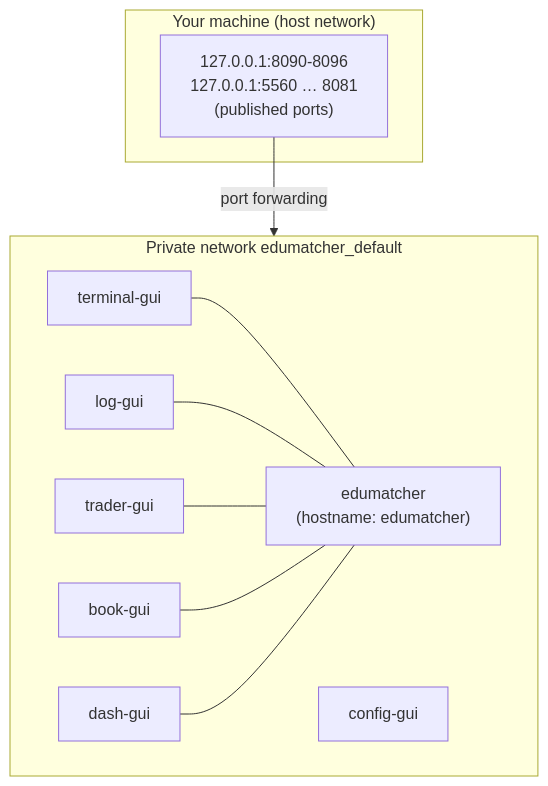
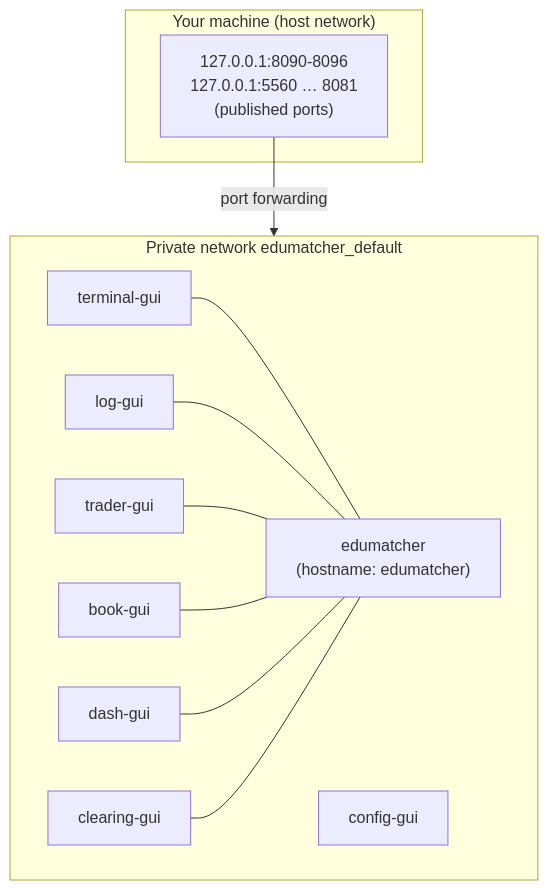
One commit to johan162/EduMatcher changed diagram 12 of 16 in docs/books/operator-guide/part-1-install-and-deploy/030-container-deployment-walkthrough.md. Above: the diagram before and after it, drawn with Mermaid. The commit also changed other lines of this file and 60 other files, not shown here.

````diff
--- a/docs/books/operator-guide/part-1-install-and-deploy/030-container-deployment-walkthrough.md
+++ b/docs/books/operator-guide/part-1-install-and-deploy/030-container-deployment-walkthrough.md
@@ -696,22 +703,24 @@
 ```mermaid
 flowchart TB
     subgraph host["Your machine (host network)"]
         LO["127.0.0.1:8090-8096\n127.0.0.1:5560 … 8081\n(published ports)"]
     end
     subgraph net["Private network edumatcher_default"]
         direction LR
         E["edumatcher\n(hostname: edumatcher)"]
         T["terminal-gui"]
         L["log-gui"]
         TR["trader-gui"]
         B["book-gui"]
         DG["dash-gui"]
+        CL["clearing-gui"]
         C["config-gui"]
     end
     LO -->|"port forwarding"| net
     T --- E
     L --- E
     TR --- E
     B --- E
     DG --- E
+    CL --- E
 ```
````
